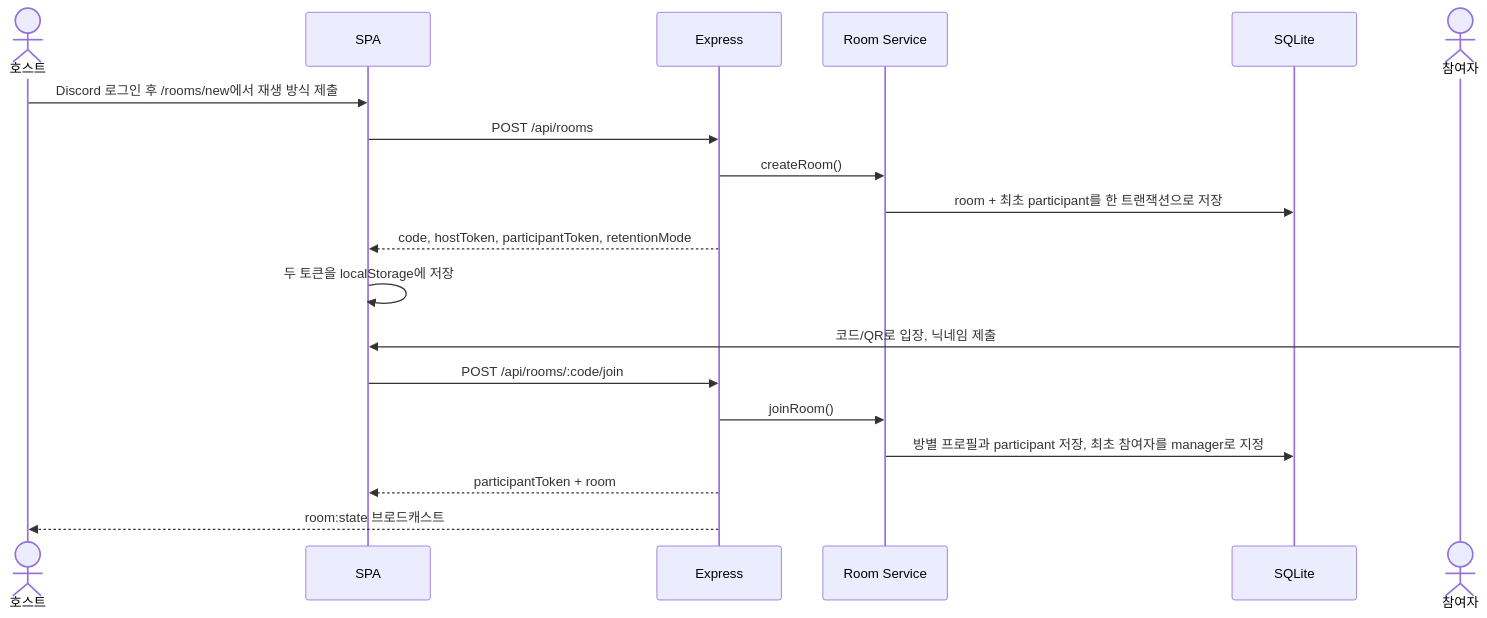
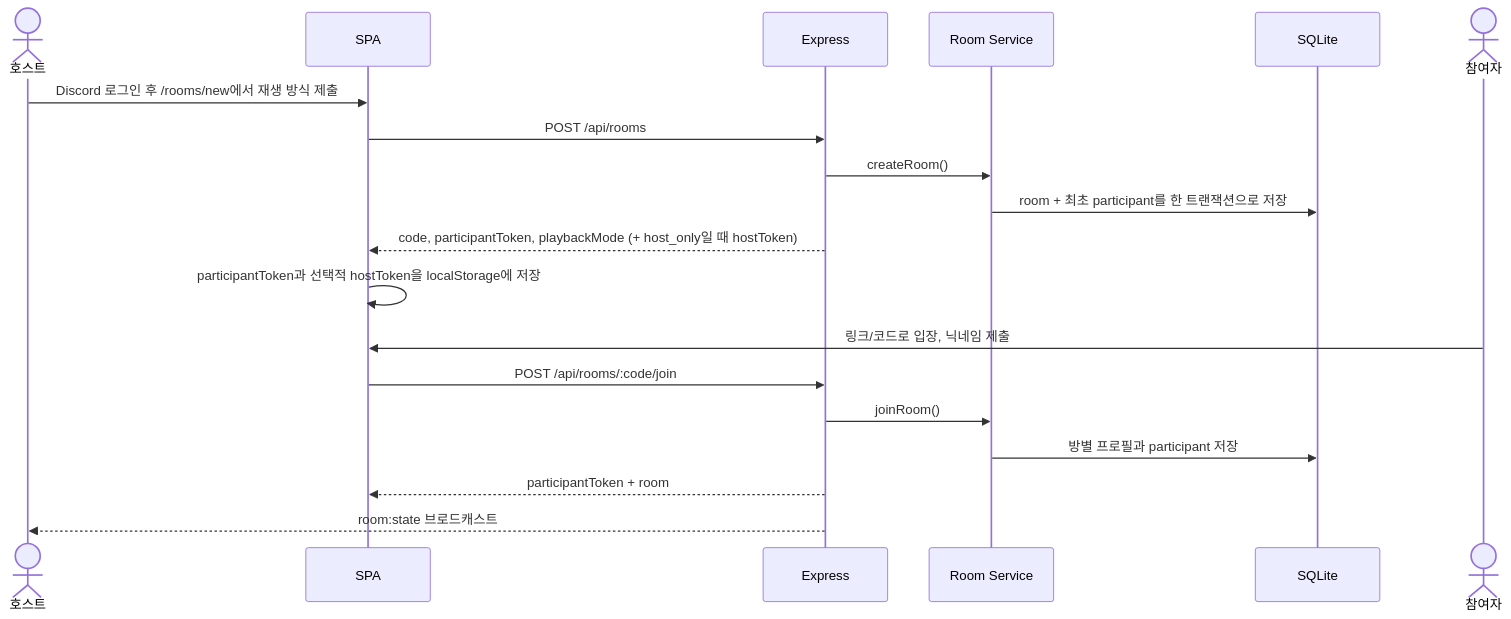
Before and after one commit to whitekw/jukebox: the fourth of 7 diagrams in docs/ARCHITECTURE.md, drawn with Mermaid. The commit also changed other lines of this file and 27 other files, not shown here.

````diff
--- a/docs/ARCHITECTURE.md
+++ b/docs/ARCHITECTURE.md
@@ -169,23 +168,23 @@
 ```mermaid
 sequenceDiagram
     actor Host as 호스트
     participant FE as SPA
     participant API as Express
     participant RS as Room Service
     participant DB as SQLite
     actor Guest as 참여자
 
     Host->>FE: Discord 로그인 후 /rooms/new에서 재생 방식 제출
     FE->>API: POST /api/rooms
     API->>RS: createRoom()
     RS->>DB: room + 최초 participant를 한 트랜잭션으로 저장
-    API-->>FE: code, hostToken, participantToken, retentionMode
-    FE->>FE: 두 토큰을 localStorage에 저장
+    API-->>FE: code, participantToken, playbackMode (+ host_only일 때 hostToken)
+    FE->>FE: participantToken과 선택적 hostToken을 localStorage에 저장
 
-    Guest->>FE: 코드/QR로 입장, 닉네임 제출
+    Guest->>FE: 링크/코드로 입장, 닉네임 제출
     FE->>API: POST /api/rooms/:code/join
     API->>RS: joinRoom()
-    RS->>DB: 방별 프로필과 participant 저장, 최초 참여자를 manager로 지정
+    RS->>DB: 방별 프로필과 participant 저장
     API-->>FE: participantToken + room
     API-->>Host: room:state 브로드캐스트
 ```
````
